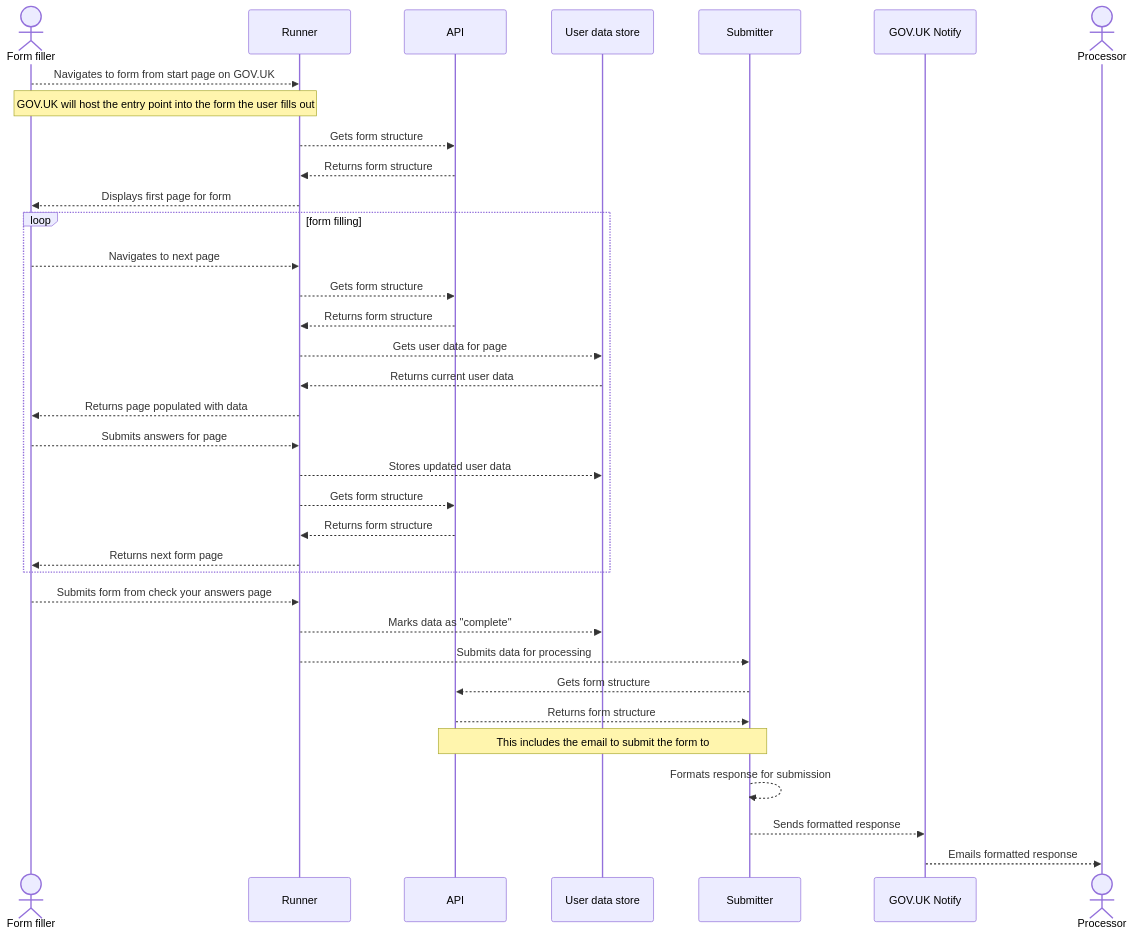
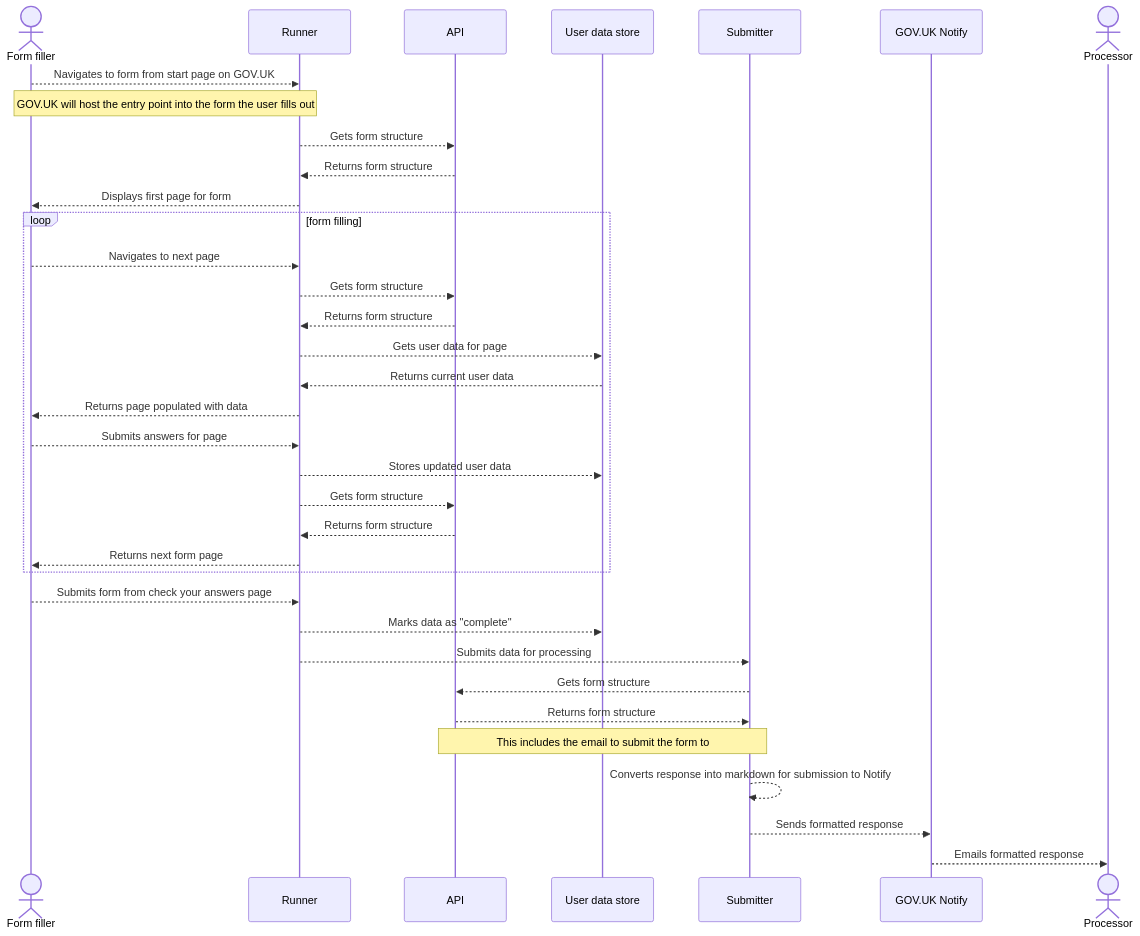
The diagram in diagrams/sequence-diagrams/filling-in-a-form.md (alphagov/forms), drawn with Mermaid before and after one commit.

Commit message:
Clarify submission formatting

````diff
--- a/diagrams/sequence-diagrams/filling-in-a-form.md
+++ b/diagrams/sequence-diagrams/filling-in-a-form.md
@@ -3,41 +3,41 @@
 ```mermaid 
 sequenceDiagram
   actor user as Form filler
   participant runner as Runner
   participant api as API
   participant store as User data store
   participant submitter as Submitter
   participant notify as GOV.UK Notify
   actor processor as Processor
 
   user -->> runner: Navigates to form from start page on GOV.UK
   note over user, runner: GOV.UK will host the entry point into the form the user fills out
   runner -->> api: Gets form structure
   api -->> runner: Returns form structure
   runner -->> user: Displays first page for form
   
   loop form filling
     user -->> runner: Navigates to next page
     runner -->> api: Gets form structure
     api -->> runner: Returns form structure
     runner -->> store: Gets user data for page
     store -->> runner: Returns current user data
     runner -->> user: Returns page populated with data
     user -->> runner: Submits answers for page
     runner -->> store: Stores updated user data
     runner -->> api: Gets form structure
     api -->> runner: Returns form structure
     runner -->> user: Returns next form page
   end
 
   user -->> runner: Submits form from check your answers page
   runner -->> store: Marks data as "complete"
   runner -->> submitter: Submits data for processing
 
   submitter -->> api: Gets form structure
   api -->> submitter: Returns form structure
   note over api,submitter: This includes the email to submit the form to
-  submitter -->> submitter: Formats response for submission
+  submitter -->> submitter: Converts response into markdown for submission to Notify
   submitter -->> notify: Sends formatted response
   notify -->> processor: Emails formatted response
 ```
````
